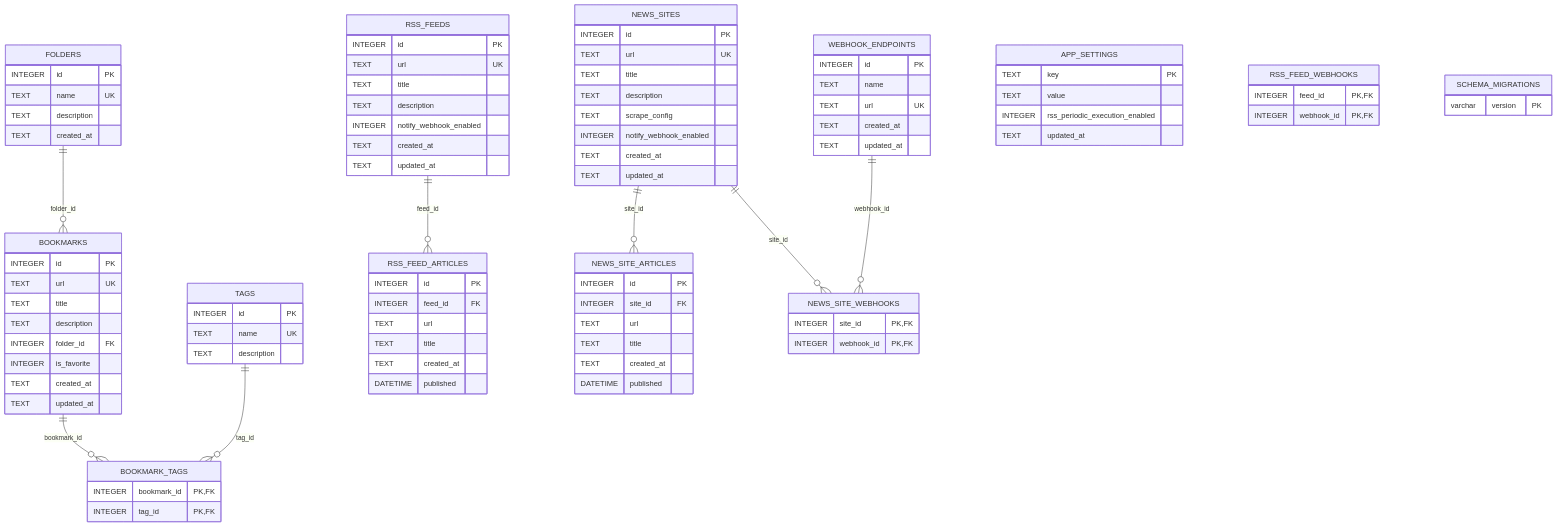
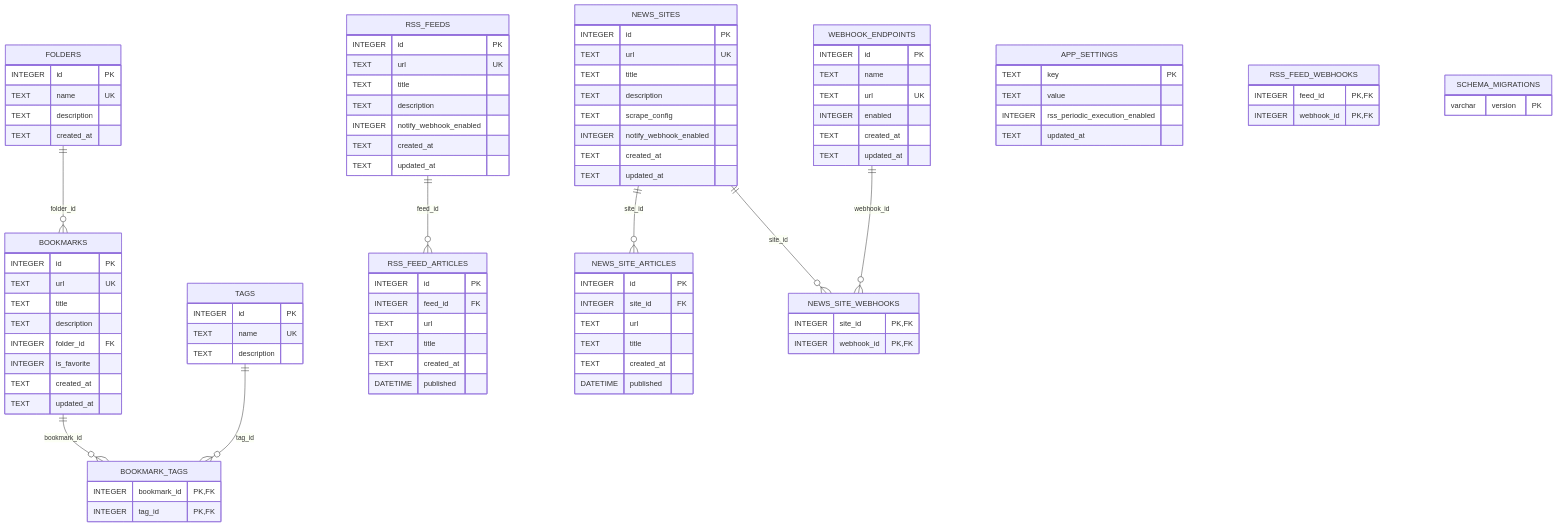
One commit to Kai17-a/shiori-keeper changed the diagram in specs/architecture/data-model.md. Above: the diagram before and after it, drawn with Mermaid. The commit also changed 28 other files, not shown here.

```diff
--- a/specs/architecture/data-model.md
+++ b/specs/architecture/data-model.md
@@ -99,6 +99,7 @@
         INTEGER id PK
         TEXT name
         TEXT url UK
+        INTEGER enabled
         TEXT created_at
         TEXT updated_at
     }
```
